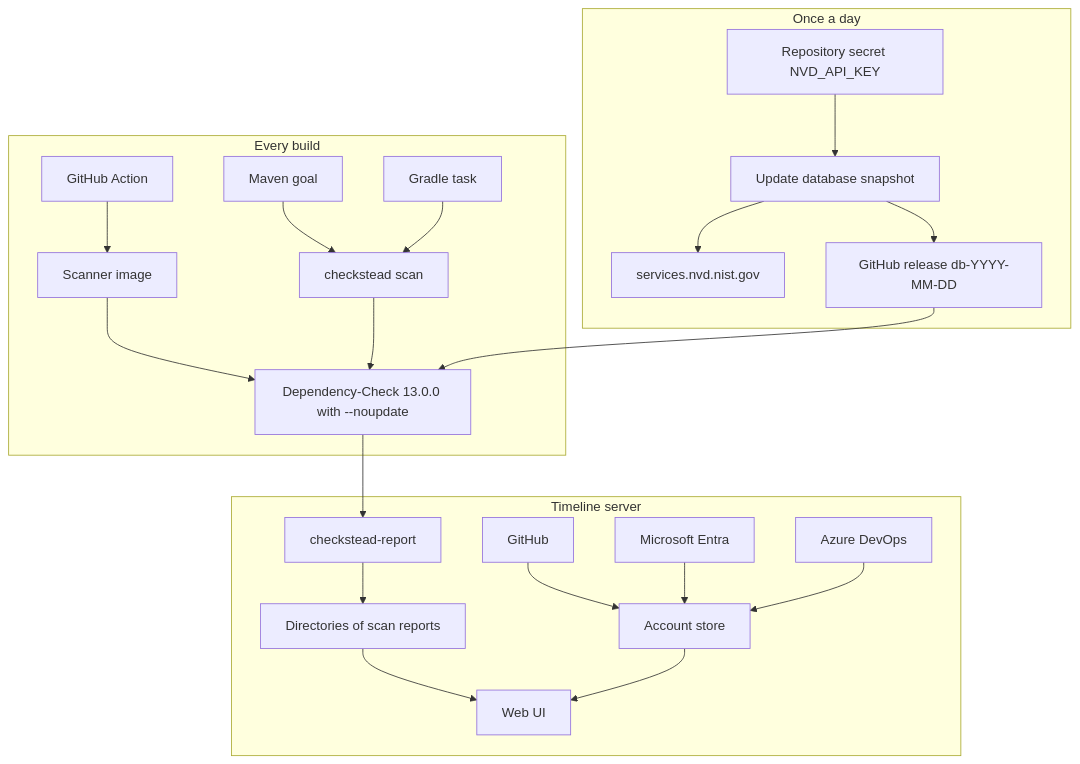
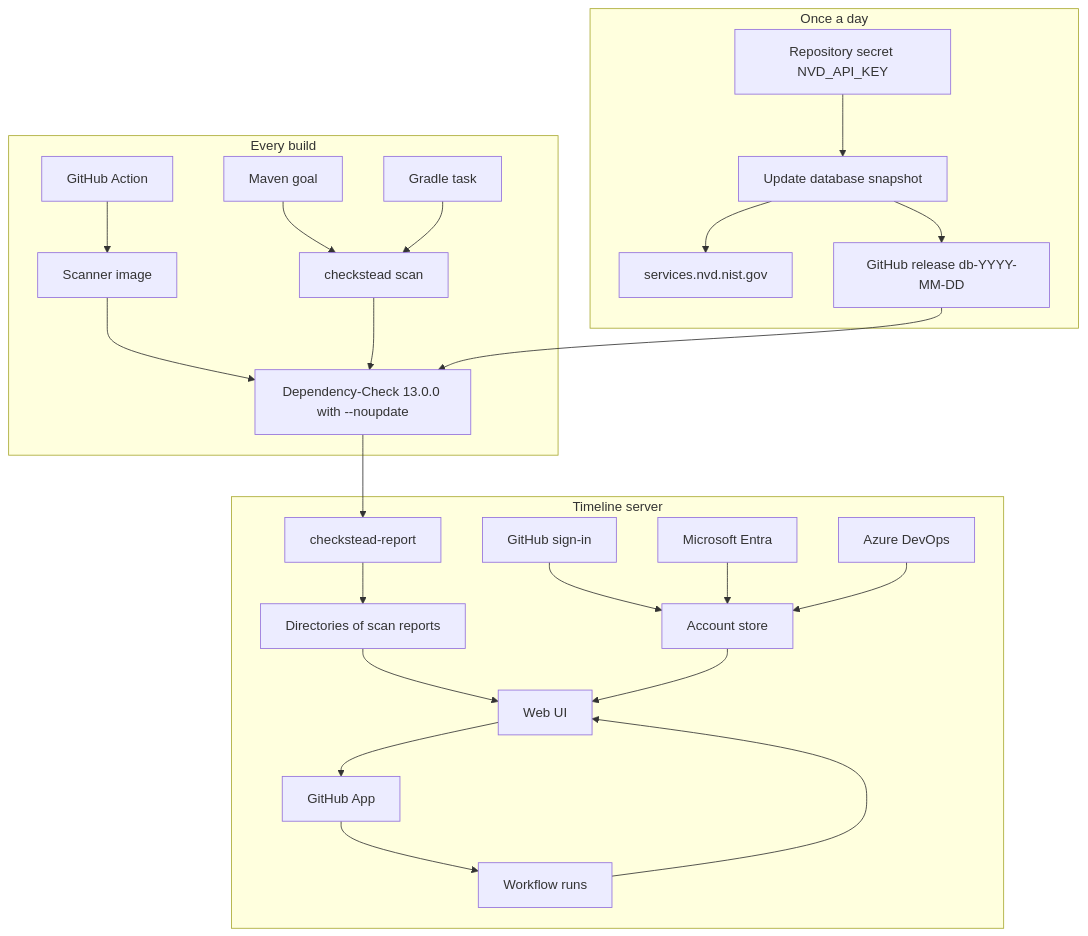
The diagram in README.md (chethankumblekar/dependency-check-db-cache), drawn with Mermaid before and after one commit. The commit also changed other lines of this file and 14 other files, not shown here.

````diff
--- a/README.md
+++ b/README.md
@@ -149,43 +156,47 @@
 ```mermaid
 flowchart TB
   subgraph daily [Once a day]
     secret[Repository secret NVD_API_KEY]
     updater[Update database snapshot]
     nvd[services.nvd.nist.gov]
     release["GitHub release db-YYYY-MM-DD"]
     secret --> updater
     updater --> nvd
     updater --> release
   end
 
   subgraph build [Every build]
     maven[Maven goal]
     gradle[Gradle task]
     action[GitHub Action]
     cli[checkstead scan]
     scanner[Scanner image]
     engine["Dependency-Check 13.0.0 with --noupdate"]
     maven --> cli
     gradle --> cli
     action --> scanner
     scanner --> engine
     cli --> engine
     release --> engine
   end
 
   engine --> report[checkstead-report]
 
   subgraph portal [Timeline server]
     reports[Directories of scan reports]
     ui[Web UI]
     accounts[Account store]
-    github[GitHub]
+    github[GitHub sign-in]
     entra[Microsoft Entra]
     azure[Azure DevOps]
+    app[GitHub App]
+    runs[Workflow runs]
     report --> reports --> ui
     github --> accounts
     entra --> accounts
     azure --> accounts
     accounts --> ui
+    app --> runs --> ui
+    ui --> app
   end
 ```
````
